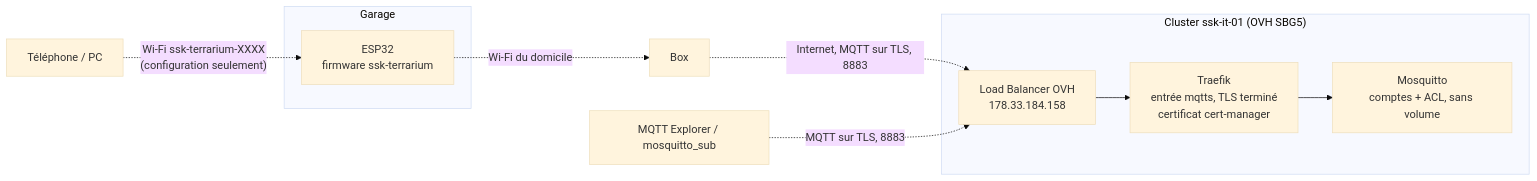
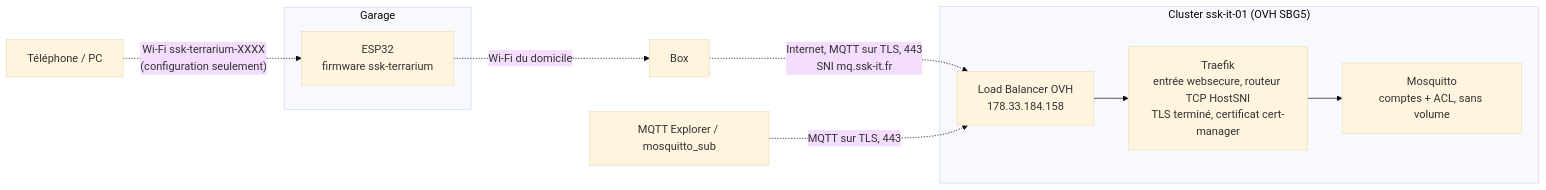
The diagram in cadrages/2026-002/cadrage.md (ssk-it/ssk-terrarium-cadrage), drawn with Mermaid (base theme) before and after one commit. The commit also changed other lines of this file and 2 other files, not shown here.

Commit message:
2026-002 : courtier à mq.ssk-it.fr:443 par SNI, commandes retenues écartées

````diff
--- a/cadrages/2026-002/cadrage.md
+++ b/cadrages/2026-002/cadrage.md
@@ -79,14 +79,14 @@
 ```mermaid
 flowchart LR
     subgraph Garage
         ESP["ESP32<br/>firmware ssk-terrarium"]
     end
     TEL["Téléphone / PC"] -. "Wi-Fi ssk-terrarium-XXXX<br/>(configuration seulement)" .-> ESP
     ESP -. "Wi-Fi du domicile" .-> BOX["Box"]
-    BOX -. "Internet, MQTT sur TLS, 8883" .-> LB["Load Balancer OVH<br/>178.33.184.158"]
+    BOX -. "Internet, MQTT sur TLS, 443<br/>SNI mq.ssk-it.fr" .-> LB["Load Balancer OVH<br/>178.33.184.158"]
     subgraph ssk-it-01["Cluster ssk-it-01 (OVH SBG5)"]
-        LB --> TRF["Traefik<br/>entrée mqtts, TLS terminé<br/>certificat cert-manager"]
+        LB --> TRF["Traefik<br/>entrée websecure, routeur TCP HostSNI<br/>TLS terminé, certificat cert-manager"]
         TRF --> MOS["Mosquitto<br/>comptes + ACL, sans volume"]
     end
-    USER["MQTT Explorer / mosquitto_sub"] -. "MQTT sur TLS, 8883" .-> LB
+    USER["MQTT Explorer / mosquitto_sub"] -. "MQTT sur TLS, 443" .-> LB
 ```
````
